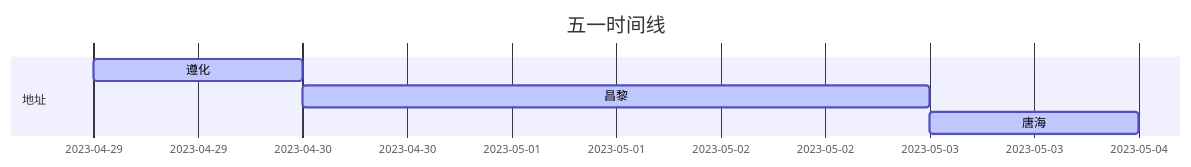
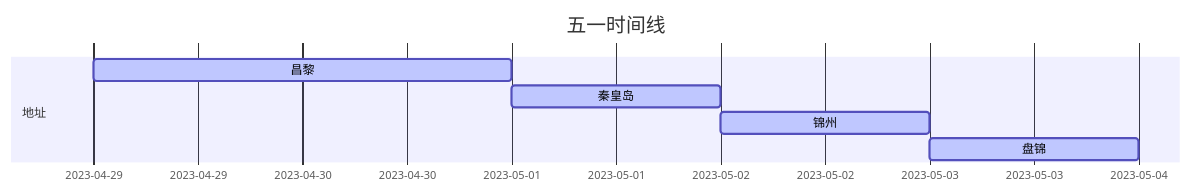
One commit to dandanzou-hust/myblog-jekyll-TeXt-theme changed the diagram in mylife/五一攻略.md. Above: the diagram before and after it, drawn with Mermaid. The commit also changed other lines of this file and 1 other file, not shown here.

````diff
--- a/mylife/五一攻略.md
+++ b/mylife/五一攻略.md
@@ -10,15 +10,16 @@
 ```mermaid
 gantt
     dateFormat  YYYY-MM-DD
     title       五一时间线
 
     %% tickInterval 1day
 
 
     section 地址
-    遵化              :active,    des1, 2023-04-29, 1d
-    昌黎              :active,    des2, after des1, 3d
-    唐海              :active,    des3, after des2, 1d
+    昌黎              :active,    des1, 2023-04-29, 2d
+    秦皇岛            :active,    des2, after des1, 1d
+    锦州              :active,    des3, after des2, 1d
+    盘锦              :active,    des4, after des3, 1d
 
 
 ```
````
